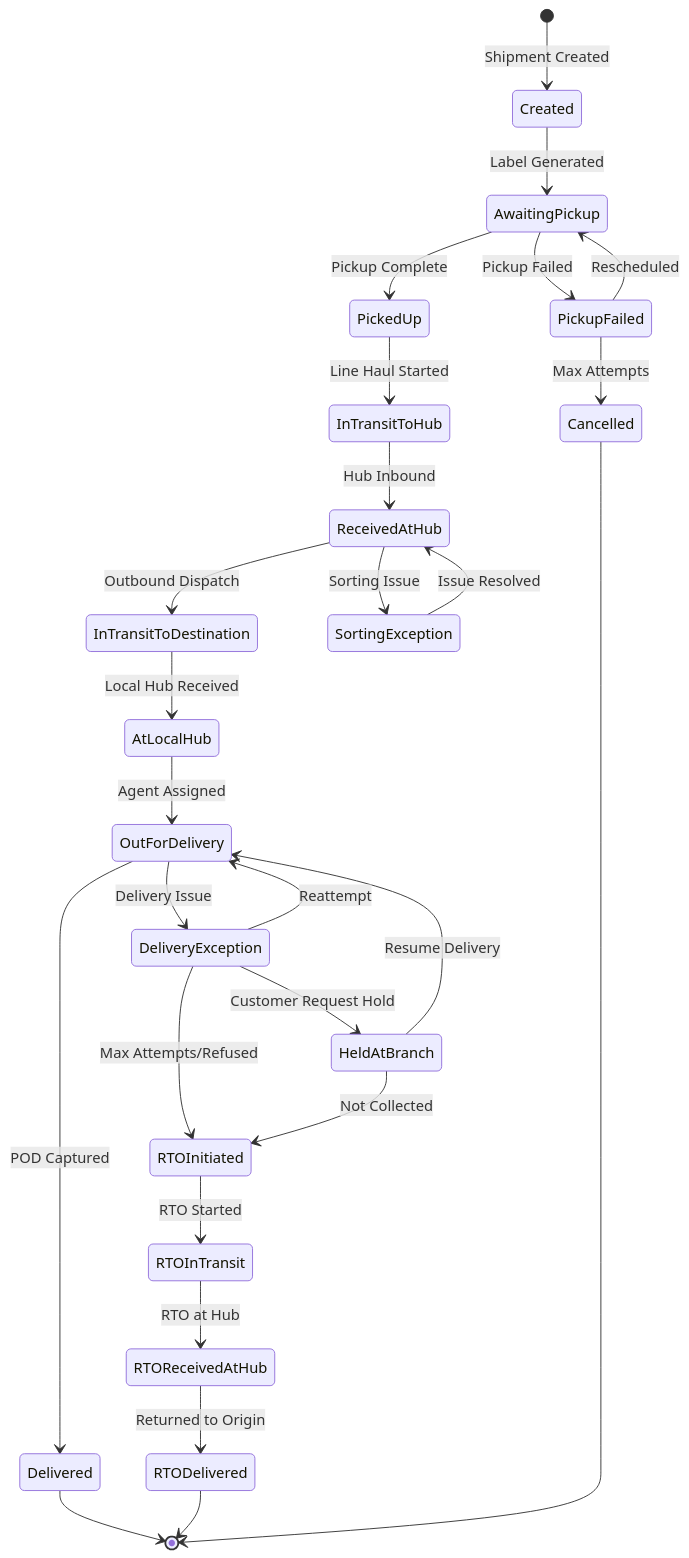
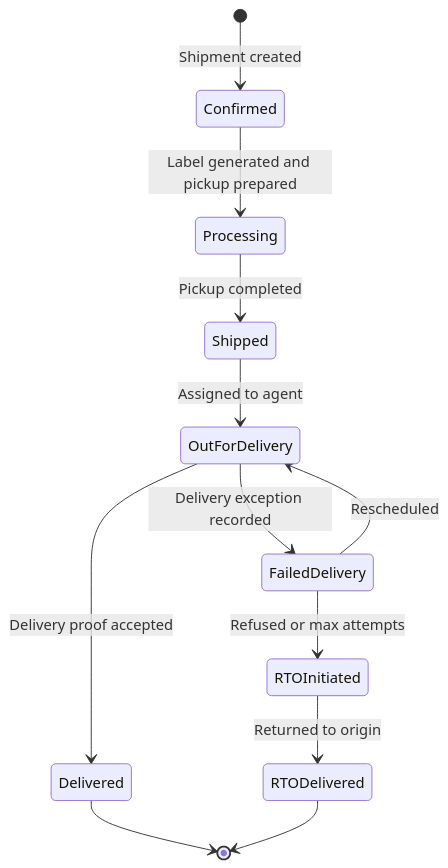
Before and after one commit to 0Ankit0/e-commerce: the third of 7 diagrams in docs/system-design/detailed-design/state-machine-diagrams.md, drawn with Mermaid. The commit also changed other lines of this file and 24 other files, not shown here.

````diff
--- a/docs/system-design/detailed-design/state-machine-diagrams.md
+++ b/docs/system-design/detailed-design/state-machine-diagrams.md
@@ -130,43 +69,16 @@
 ```mermaid
 stateDiagram-v2
-    [*] --> Created: Shipment Created
+    [*] --> Confirmed: Shipment created
+    Confirmed --> Processing: Label generated and pickup prepared
+    Processing --> Shipped: Pickup completed
+    Shipped --> OutForDelivery: Assigned to agent
+    OutForDelivery --> Delivered: Delivery proof accepted
 
-    Created --> AwaitingPickup: Label Generated
-
-    AwaitingPickup --> PickedUp: Pickup Complete
-    AwaitingPickup --> PickupFailed: Pickup Failed
-
-    PickupFailed --> AwaitingPickup: Rescheduled
-    PickupFailed --> Cancelled: Max Attempts
-
-    PickedUp --> InTransitToHub: Line Haul Started
-
-    InTransitToHub --> ReceivedAtHub: Hub Inbound
-
-    ReceivedAtHub --> InTransitToDestination: Outbound Dispatch
-    ReceivedAtHub --> SortingException: Sorting Issue
-
-    SortingException --> ReceivedAtHub: Issue Resolved
-
-    InTransitToDestination --> AtLocalHub: Local Hub Received
-
-    AtLocalHub --> OutForDelivery: Agent Assigned
-
-    OutForDelivery --> Delivered: POD Captured
-    OutForDelivery --> DeliveryException: Delivery Issue
-
-    DeliveryException --> OutForDelivery: Reattempt
-    DeliveryException --> HeldAtBranch: Customer Request Hold
-    DeliveryException --> RTOInitiated: Max Attempts/Refused
-
-    HeldAtBranch --> OutForDelivery: Resume Delivery
-    HeldAtBranch --> RTOInitiated: Not Collected
-
-    RTOInitiated --> RTOInTransit: RTO Started
-    RTOInTransit --> RTOReceivedAtHub: RTO at Hub
-    RTOReceivedAtHub --> RTODelivered: Returned to Origin
+    OutForDelivery --> FailedDelivery: Delivery exception recorded
+    FailedDelivery --> OutForDelivery: Rescheduled
+    FailedDelivery --> RTOInitiated: Refused or max attempts
+    RTOInitiated --> RTODelivered: Returned to origin
 
     Delivered --> [*]
     RTODelivered --> [*]
-    Cancelled --> [*]
 ```
````
